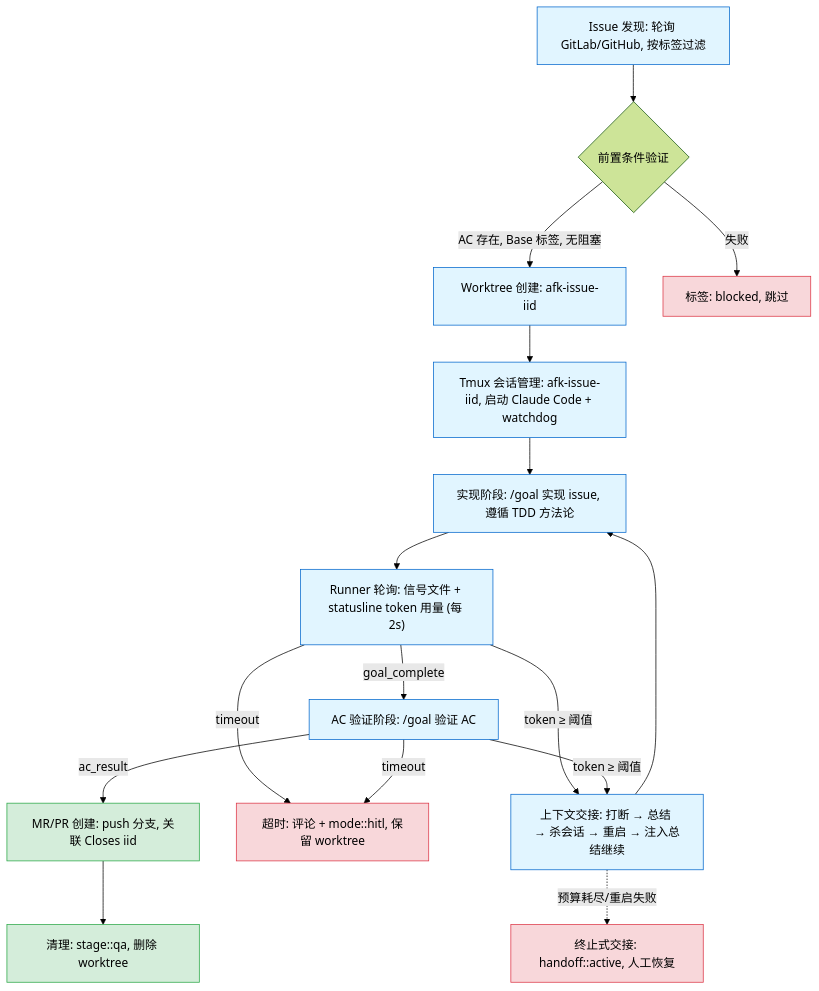
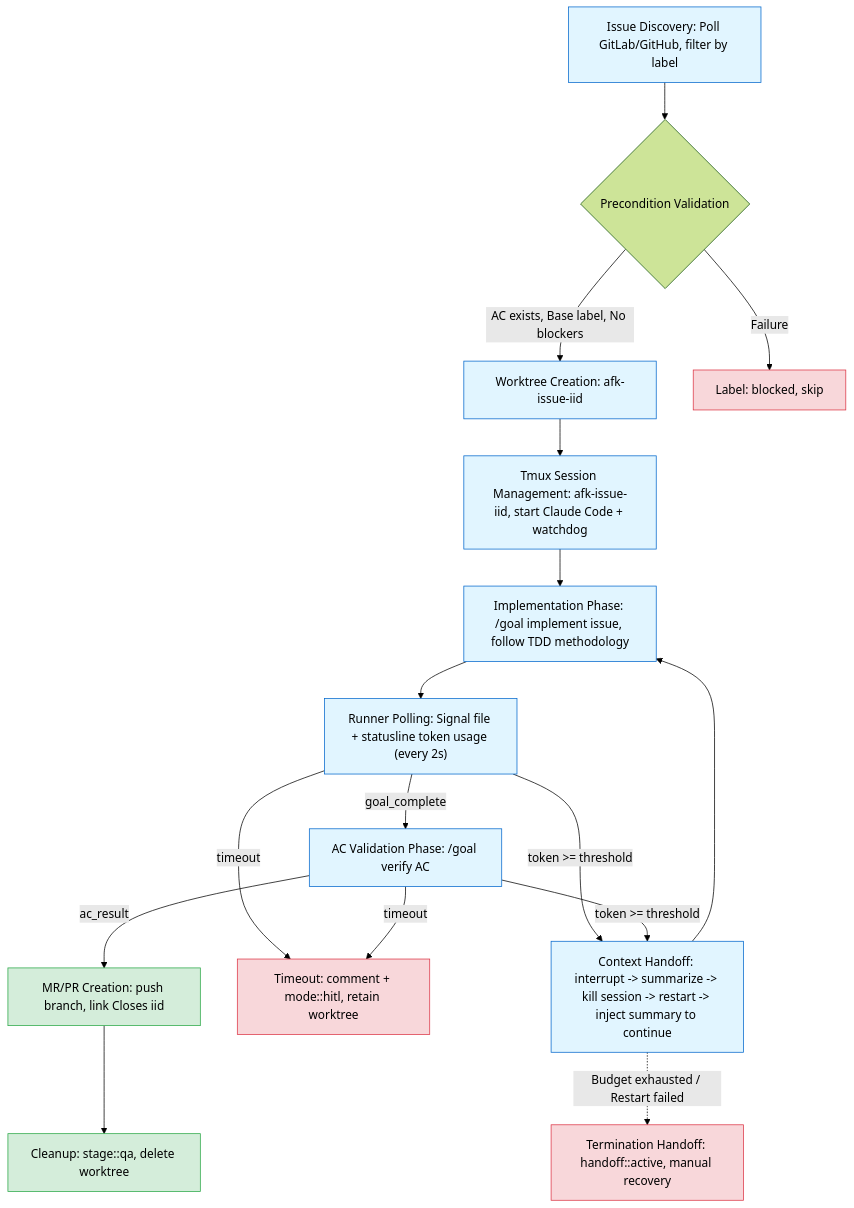
One commit to easyhaloo/afk changed the first of 9 diagrams in docs/WORKFLOWS.md. Above: the diagram before and after it, drawn with Mermaid (forest theme). The commit also changed other lines of this file, not shown here.

````diff
--- a/docs/WORKFLOWS.md
+++ b/docs/WORKFLOWS.md
@@ -51,31 +51,31 @@
 ```mermaid
 flowchart TD
-    A["Issue 发现: 轮询 GitLab/GitHub, 按标签过滤"] --> B{"前置条件验证"}
-    B -->|"AC 存在, Base 标签, 无阻塞"| C["Worktree 创建: afk-issue-iid"]
-    B -->|失败| Z1["标签: blocked, 跳过"]
+    A["Issue Discovery: Poll GitLab/GitHub, filter by label"] --> B{"Precondition Validation"}
+    B -->|"AC exists, Base label, No blockers"| C["Worktree Creation: afk-issue-iid"]
+    B -->|Failure| Z1["Label: blocked, skip"]
 
-    C --> D["Tmux 会话管理: afk-issue-iid, 启动 Claude Code + watchdog"]
-    D --> E["实现阶段: /goal 实现 issue, 遵循 TDD 方法论"]
-    E --> F["Runner 轮询: 信号文件 + statusline token 用量 (每 2s)"]
+    C --> D["Tmux Session Management: afk-issue-iid, start Claude Code + watchdog"]
+    D --> E["Implementation Phase: /goal implement issue, follow TDD methodology"]
+    E --> F["Runner Polling: Signal file + statusline token usage (every 2s)"]
 
-    F -->|goal_complete| G["AC 验证阶段: /goal 验证 AC"]
-    F -->|"token ≥ 阈值"| H["上下文交接: 打断 → 总结 → 杀会话 → 重启 → 注入总结继续"]
-    F -->|timeout| Z2["超时: 评论 + mode::hitl, 保留 worktree"]
+    F -->|goal_complete| G["AC Validation Phase: /goal verify AC"]
+    F -->|"token >= threshold"| H["Context Handoff: interrupt -> summarize -> kill session -> restart -> inject summary to continue"]
+    F -->|timeout| Z2["Timeout: comment + mode::hitl, retain worktree"]
 
-    G -->|ac_result| I["MR/PR 创建: push 分支, 关联 Closes iid"]
-    G -->|"token ≥ 阈值"| H
+    G -->|ac_result| I["MR/PR Creation: push branch, link Closes iid"]
+    G -->|"token >= threshold"| H
     G -->|timeout| Z2
 
     H --> E
-    H -.->|"预算耗尽/重启失败"| Z3["终止式交接: handoff::active, 人工恢复"]
+    H -.->|"Budget exhausted / Restart failed"| Z3["Termination Handoff: handoff::active, manual recovery"]
 
-    I --> J["清理: stage::qa, 删除 worktree"]
+    I --> J["Cleanup: stage::qa, delete worktree"]
 
     classDef success fill:#d4edda,stroke:#28a745
     classDef fail fill:#f8d7da,stroke:#dc3545
     classDef process fill:#e1f5ff,stroke:#0066cc
 
     class I,J success
     class Z1,Z2,Z3 fail
     class A,C,D,E,F,G,H process
 ```
````
